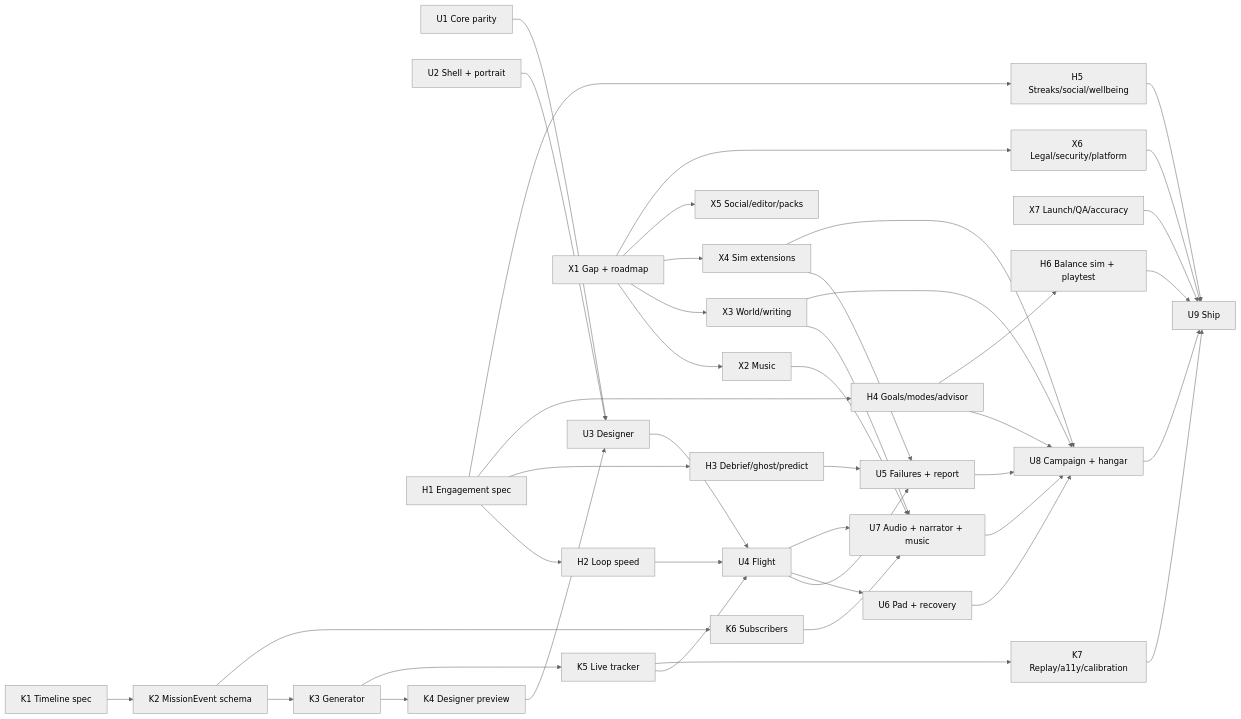
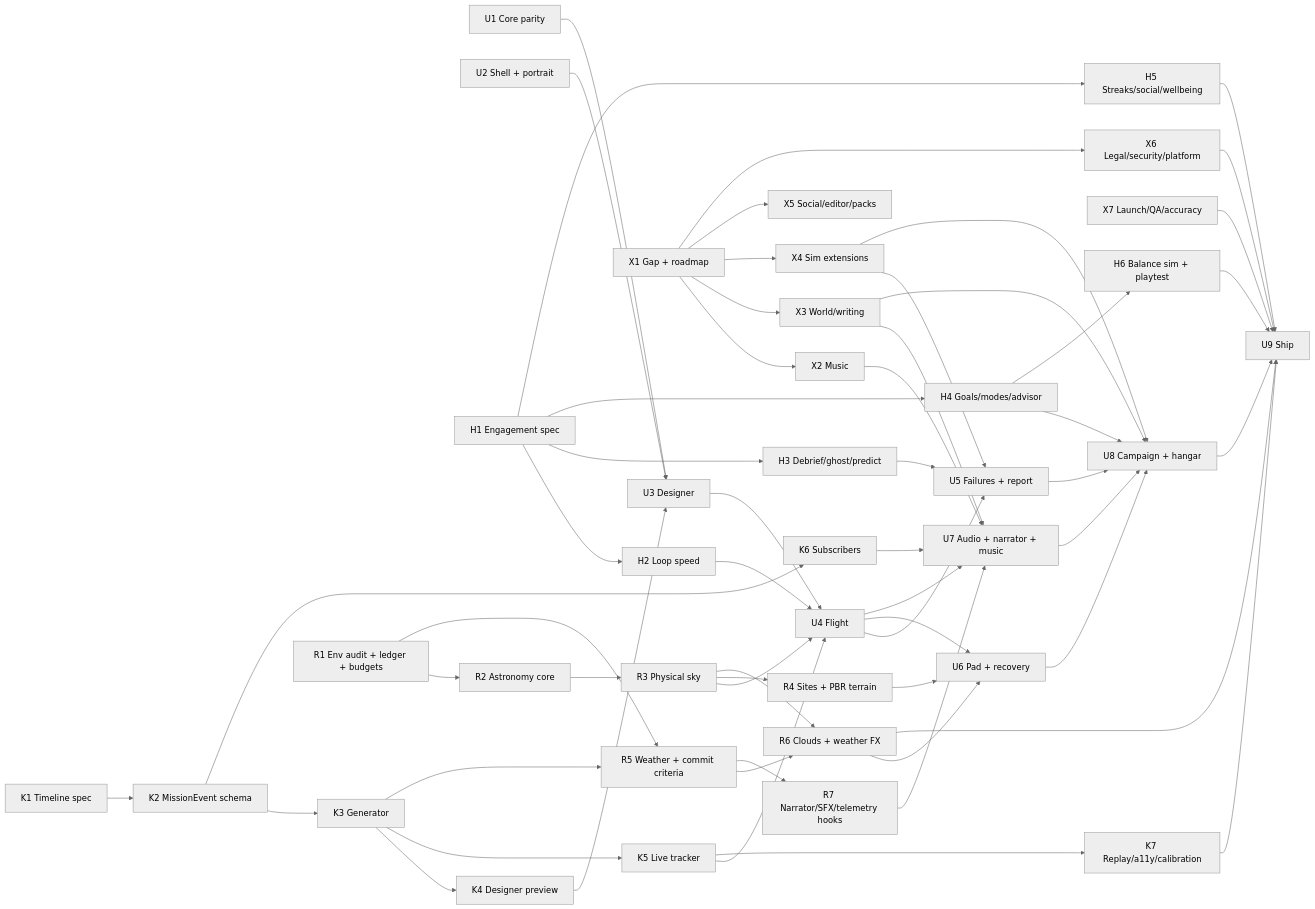
Before and after one commit to becktj90/kestrel-heavy: the diagram in docs/MASTER_ROADMAP.md, drawn with Mermaid (neutral theme). The commit also changed other lines of this file and 1 other file, not shown here.

Commit message:
docs: Environment Realism audit (R1–R7) + fold into MASTER_ROADMAP

````diff
--- a/docs/MASTER_ROADMAP.md
+++ b/docs/MASTER_ROADMAP.md
@@ -6,37 +6,46 @@
 ```mermaid
 graph LR
   U1[U1 Core parity] --> U3[U3 Designer]
   U2[U2 Shell + portrait] --> U3
   U3 --> U4[U4 Flight]
   U4 --> U5[U5 Failures + report]
   U4 --> U6[U6 Pad + recovery]
   U4 --> U7[U7 Audio + narrator + music]
   U5 --> U8[U8 Campaign + hangar]
   U6 --> U8
   U7 --> U8
   U8 --> U9[U9 Ship]
   X1[X1 Gap + roadmap] --> X2[X2 Music]
   X1 --> X3[X3 World/writing]
   X1 --> X4[X4 Sim extensions]
   X2 --> U7
   X3 --> U7
   X3 --> U8
   X4 --> U5
   X4 --> U8
   X1 --> X5[X5 Social/editor/packs]
   X1 --> X6[X6 Legal/security/platform]
   X6 --> U9
   X7[X7 Launch/QA/accuracy] --> U9
   H1[H1 Engagement spec] --> H2[H2 Loop speed]
   H1 --> H3[H3 Debrief/ghost/predict]
   H2 --> U4
   H3 --> U5
   H1 --> H4[H4 Goals/modes/advisor] --> U8
   H1 --> H5[H5 Streaks/social/wellbeing] --> U9
   H4 --> H6[H6 Balance sim + playtest] --> U9
   K1[K1 Timeline spec] --> K2[K2 MissionEvent schema] --> K3[K3 Generator]
   K3 --> K4[K4 Designer preview] --> U3
   K3 --> K5[K5 Live tracker] --> U4
   K2 --> K6[K6 Subscribers] --> U7
   K5 --> K7[K7 Replay/a11y/calibration] --> U9
+  R1[R1 Env audit + ledger + budgets] --> R2[R2 Astronomy core]
+  R1 --> R5[R5 Weather + commit criteria]
+  K3 --> R5
+  R2 --> R3[R3 Physical sky] --> U4
+  R3 --> R4[R4 Sites + PBR terrain] --> U6
+  R5 --> R6[R6 Clouds + weather FX]
+  R3 --> R6 --> U6
+  R5 --> R7[R7 Narrator/SFX/telemetry hooks] --> U7
+  R6 --> U9
 ```
````
